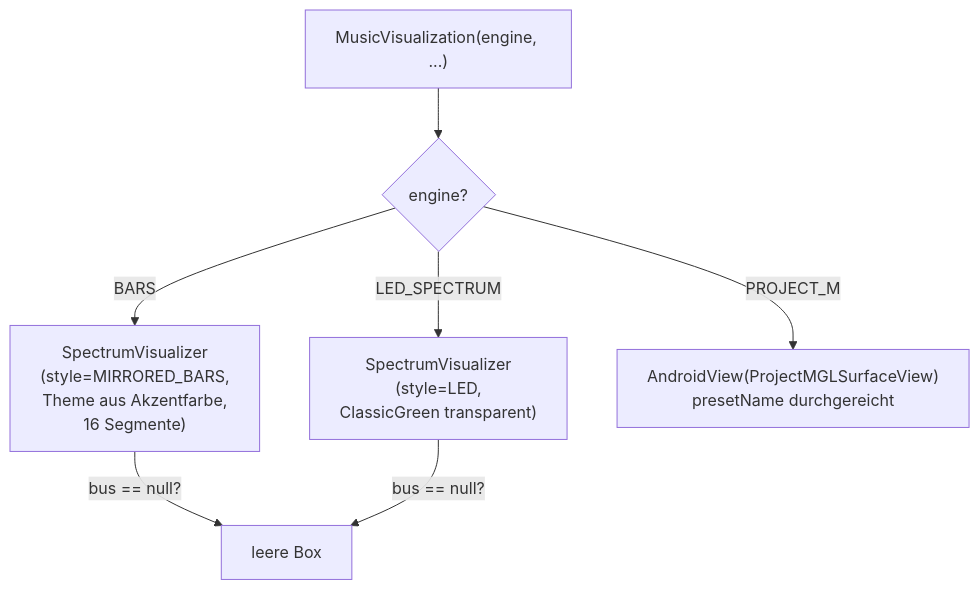
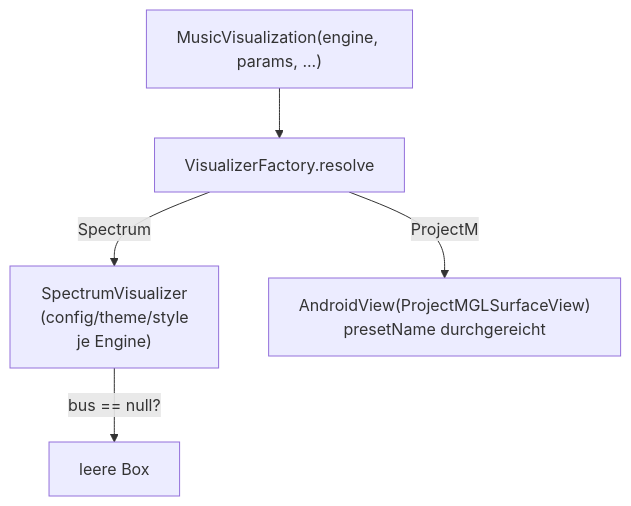
One commit to codezifer/work changed the diagram in Muzzic/visualization/docs/06-konfiguration.md. Above: the diagram before and after it, drawn with Mermaid. The commit also changed other lines of this file and 41 other files, not shown here.

````diff
--- a/Muzzic/visualization/docs/06-konfiguration.md
+++ b/Muzzic/visualization/docs/06-konfiguration.md
@@ -8,8 +10,7 @@
 ```mermaid
 flowchart TB
-    MV["MusicVisualization(engine, ...)"] --> B{"engine?"}
-    B -->|"BARS"| SB1["SpectrumVisualizer\n(style=MIRRORED_BARS,\nTheme aus Akzentfarbe,\n16 Segmente)"]
-    B -->|"LED_SPECTRUM"| SB2["SpectrumVisualizer\n(style=LED,\nClassicGreen transparent)"]
-    B -->|"PROJECT_M"| AV["AndroidView(ProjectMGLSurfaceView)\npresetName durchgereicht"]
-    SB1 & SB2 -->|"bus == null?"| EMPTY["leere Box"]
+    MV["MusicVisualization(engine, params, ...)"] --> VF["VisualizerFactory.resolve"]
+    VF -->|"Spectrum"| SB1["SpectrumVisualizer\n(config/theme/style\nje Engine)"]
+    VF -->|"ProjectM"| AV["AndroidView(ProjectMGLSurfaceView)\npresetName durchgereicht"]
+    SB1 -->|"bus == null?"| EMPTY["leere Box"]
 ```
````
